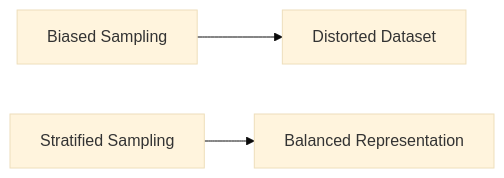
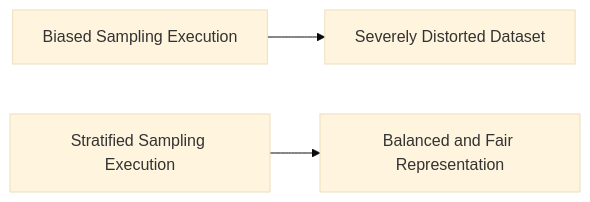
Before and after one commit to Balasubramanian-pg/MSC.-Data-Science-AI: the seventh of 8 diagrams in Trimester 1/Data Preprocessing/W06 - Data Reduction/L1/6.3. Data Sampling.md, drawn with Mermaid (base theme). The commit also changed other lines of this file, not shown here.

Commit message:
Update 6.3. Data Sampling.md

````diff
--- a/Trimester 1/Data Preprocessing/W06 - Data Reduction/L1/6.3. Data Sampling.md
+++ b/Trimester 1/Data Preprocessing/W06 - Data Reduction/L1/6.3. Data Sampling.md
@@ -563,8 +436,7 @@
 ```mermaid
 flowchart LR
-    A[Biased Sampling]
-    --> B[Distorted Dataset]
-
-    C[Stratified Sampling]
-    --> D[Balanced Representation]
+    A[Biased Sampling Execution]
+    --> B[Severely Distorted Dataset]
+    C[Stratified Sampling Execution]
+    --> D[Balanced and Fair Representation]
 ```
````
